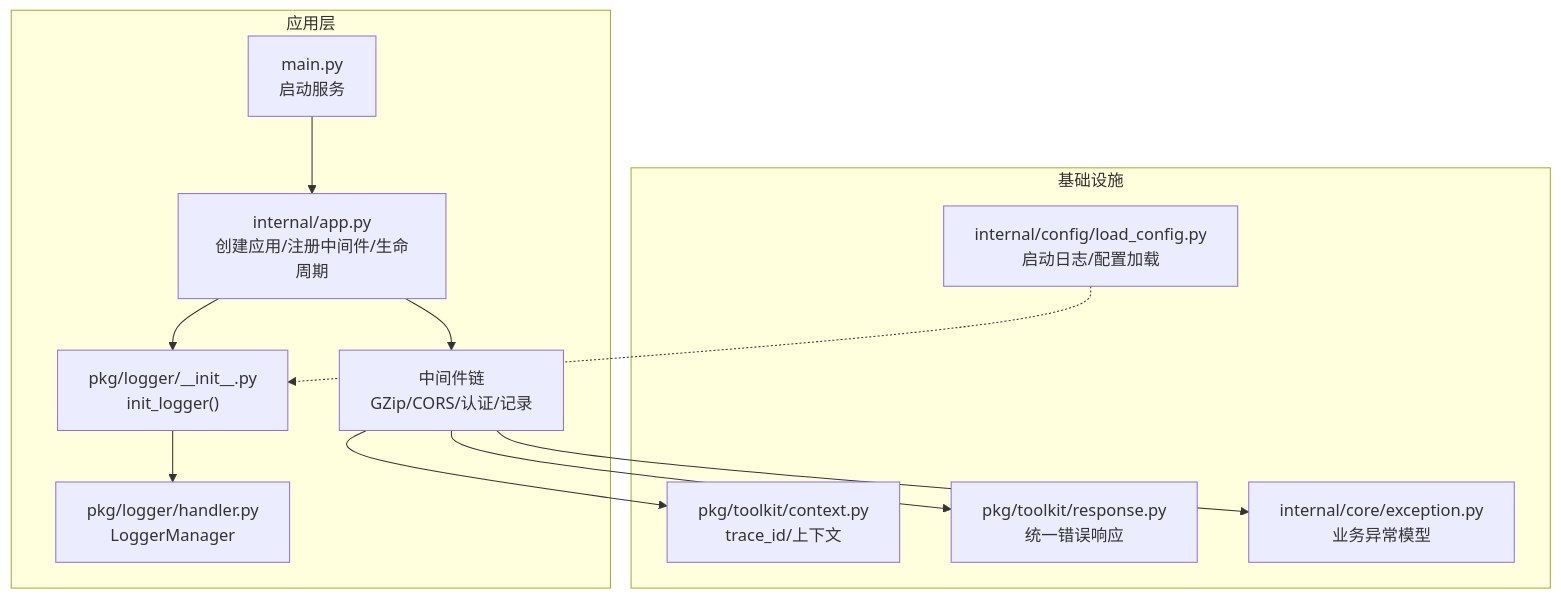
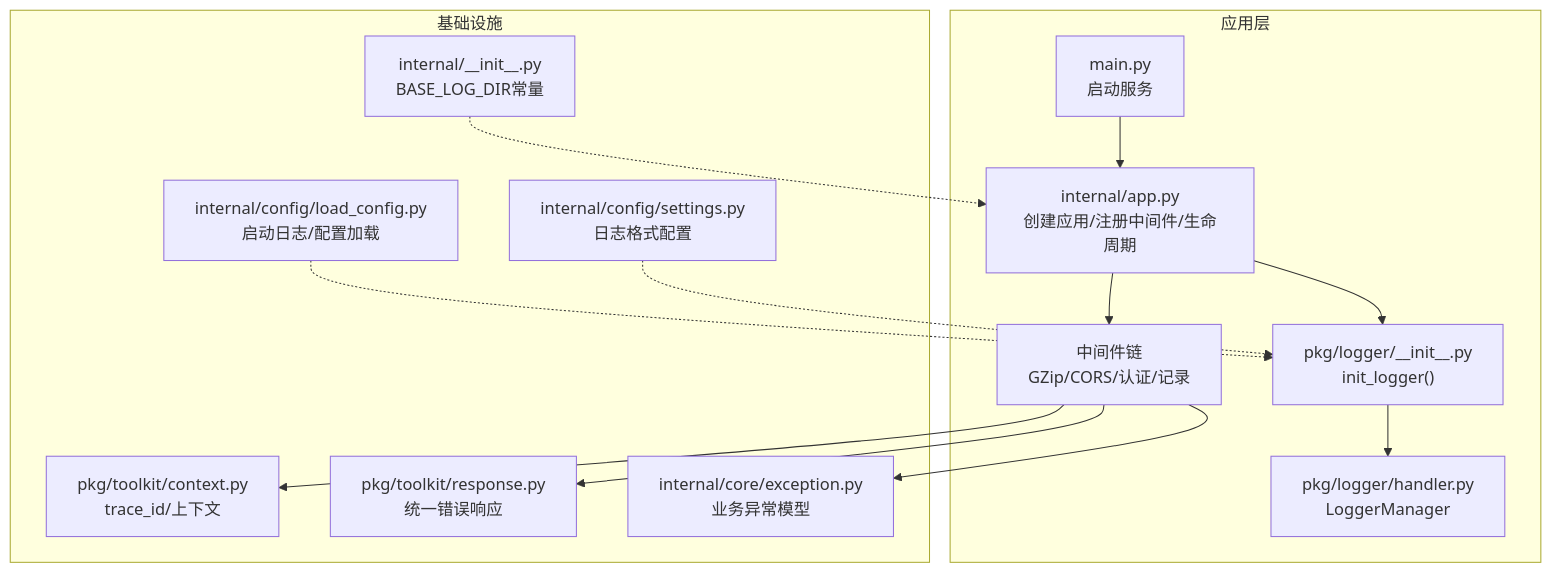
One commit to lilinzezzzzzz/fastapi-backend changed the second of 6 diagrams in .qoder/repowiki/zh/content/部署运维/监控与日志管理/监控与日志管理.md. Above: the diagram before and after it, drawn with Mermaid. The commit also changed other lines of this file and 42 other files, not shown here.

````diff
--- a/.qoder/repowiki/zh/content/部署运维/监控与日志管理/监控与日志管理.md
+++ b/.qoder/repowiki/zh/content/部署运维/监控与日志管理/监控与日志管理.md
@@ -121,19 +145,23 @@
 ```mermaid
 graph TB
 subgraph "应用层"
 M["main.py<br/>启动服务"] --> APP["internal/app.py<br/>创建应用/注册中间件/生命周期"]
 APP --> MW["中间件链<br/>GZip/CORS/认证/记录"]
 APP --> LOGINIT["pkg/logger/__init__.py<br/>init_logger()"]
 LOGINIT --> LMGR["pkg/logger/handler.py<br/>LoggerManager"]
 end
 subgraph "基础设施"
 CFG["internal/config/load_config.py<br/>启动日志/配置加载"]
+BASEDIR["internal/__init__.py<br/>BASE_LOG_DIR常量"]
+SETT["internal/config/settings.py<br/>日志格式配置"]
 CTX["pkg/toolkit/context.py<br/>trace_id/上下文"]
 RESP["pkg/toolkit/response.py<br/>统一错误响应"]
 EXC["internal/core/exception.py<br/>业务异常模型"]
 end
 MW --> CTX
 MW --> RESP
 MW --> EXC
 CFG -.-> LOGINIT
+BASEDIR -.-> APP
+SETT -.-> LOGINIT
 ```
````
